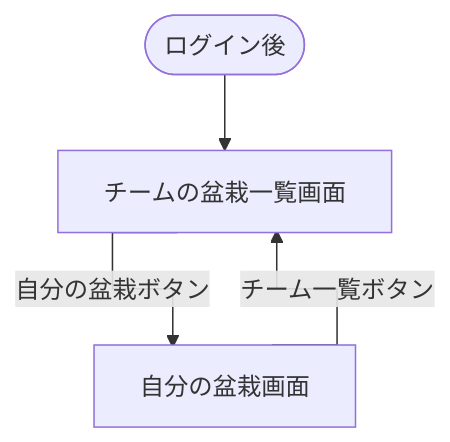
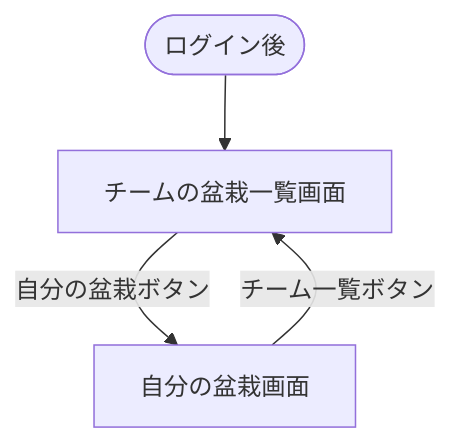
The second of 2 diagrams in docs/requirements.md (katsudon08/tamamori), drawn with Mermaid before and after one commit. The commit also changed other lines of this file and 10 other files, not shown here.

````diff
--- a/docs/requirements.md
+++ b/docs/requirements.md
@@ -177,7 +188,6 @@
 ```mermaid
-%%{init: {"flowchart": {"curve": "stepAfter"}}}%%
 flowchart TD
     Entry(["ログイン後"]) --> TeamBonsai["チームの盆栽一覧画面"]
     TeamBonsai -->|自分の盆栽ボタン| MyBonsai["自分の盆栽画面"]
     MyBonsai -->|チーム一覧ボタン| TeamBonsai
 ```
````
